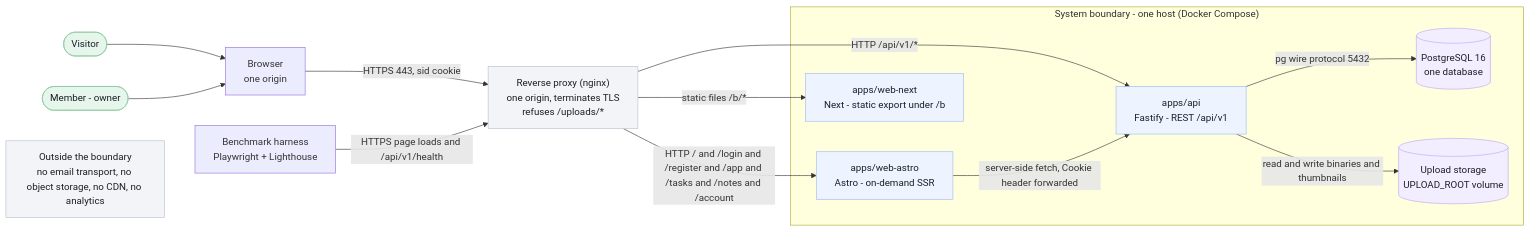
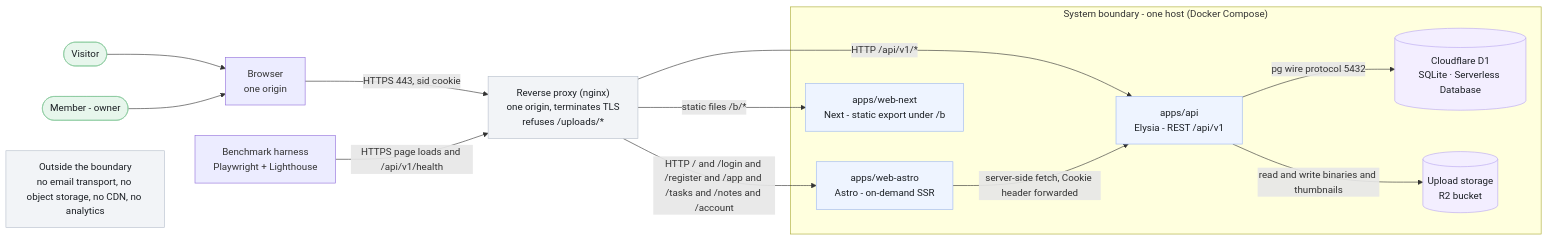
The diagram in design/diagrams/01-system-context.mmd (mhiqrambg/rweb-task-management), drawn with Mermaid before and after one commit. The commit also changed 6 other files, not shown here.

First line of the commit message:
docs(design): relabel architecture diagrams to Elysia + Cloudflare D1

```diff
--- a/design/diagrams/01-system-context.mmd
+++ b/design/diagrams/01-system-context.mmd
@@ -1,38 +1,38 @@
 %% 01 — System context (C4 level 1)
 %% Sources: .planning/03-system-architecture.md §1, §2; 00-project-discovery.md §7; 06-api-contracts.md §1.1
 flowchart LR
   Visitor(["Visitor"])
   Member(["Member - owner"])
   Browser["Browser<br>one origin"]
   Harness["Benchmark harness<br>Playwright + Lighthouse"]
 
   subgraph Boundary["System boundary - one host (Docker Compose)"]
     Astro["apps/web-astro<br>Astro - on-demand SSR"]
     Next["apps/web-next<br>Next - static export under /b"]
-    Api["apps/api<br>Fastify - REST /api/v1"]
-    Pg[("PostgreSQL 16<br>one database")]
-    Storage[("Upload storage<br>UPLOAD_ROOT volume")]
+    Api["apps/api<br>Elysia - REST /api/v1"]
+    Pg[("Cloudflare D1<br>SQLite · Serverless Database")]
+    Storage[("Upload storage<br>R2 bucket")]
   end
 
   Proxy["Reverse proxy (nginx)<br>one origin, terminates TLS<br>refuses /uploads/*"]
   Outside["Outside the boundary<br>no email transport, no object storage, no CDN, no analytics"]
 
   Visitor --> Browser
   Member --> Browser
   Browser -->|"HTTPS 443, sid cookie"| Proxy
   Harness -->|"HTTPS page loads and /api/v1/health"| Proxy
   Proxy -->|"HTTP / and /login and /register and /app and /tasks and /notes and /account"| Astro
   Proxy -->|"static files /b/*"| Next
   Proxy -->|"HTTP /api/v1/*"| Api
   Astro -->|"server-side fetch, Cookie header forwarded"| Api
   Api -->|"pg wire protocol 5432"| Pg
   Api -->|"read and write binaries and thumbnails"| Storage
 
   classDef actor fill:#E7F6EC,stroke:#8BCB9F,color:#1B1F24
   classDef app fill:#EEF4FF,stroke:#9DB8F2,color:#1B1F24
   classDef store fill:#F3EEFF,stroke:#B9A6F0,color:#1B1F24
   classDef ext fill:#F2F4F7,stroke:#B8C0CC,color:#1B1F24
   class Visitor,Member actor
   class Astro,Next,Api app
   class Pg,Storage store
   class Proxy,Outside ext
```
